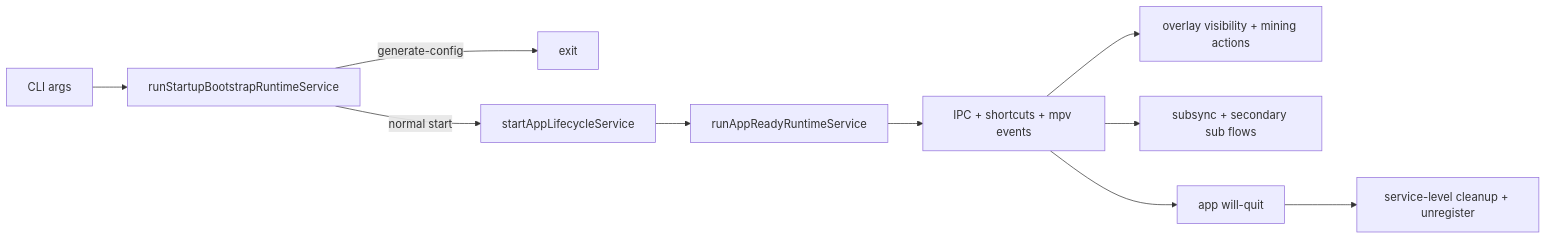
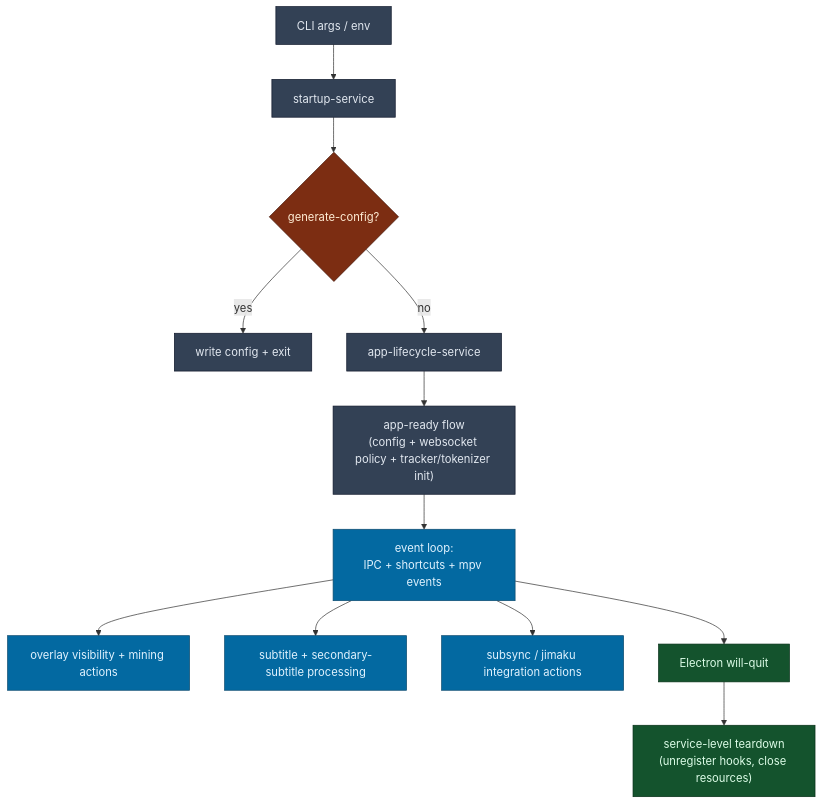
One commit to ksyasuda/SubMiner changed the second of 2 diagrams in docs/architecture.md. Above: the diagram before and after it, drawn with Mermaid. The commit also changed other lines of this file and 15 other files, not shown here.

````diff
--- a/docs/architecture.md
+++ b/docs/architecture.md
@@ -89,12 +137,30 @@
 ```mermaid
-flowchart LR
-  Args["CLI args"] --> Bootstrap["runStartupBootstrapRuntimeService"]
-  Bootstrap -->|generate-config| Exit["exit"]
-  Bootstrap -->|normal start| AppLifecycle["startAppLifecycleService"]
-  AppLifecycle --> Ready["runAppReadyRuntimeService"]
-  Ready --> Runtime["IPC + shortcuts + mpv events"]
-  Runtime --> Overlay["overlay visibility + mining actions"]
-  Runtime --> Subsync["subsync + secondary sub flows"]
-  Runtime --> WillQuit["app will-quit"]
-  WillQuit --> Cleanup["service-level cleanup + unregister"]
+flowchart TD
+  classDef phase fill:#334155,stroke:#0f172a,color:#e2e8f0;
+  classDef decision fill:#7c2d12,stroke:#431407,color:#ffedd5;
+  classDef runtime fill:#0369a1,stroke:#0c4a6e,color:#e0f2fe;
+  classDef shutdown fill:#14532d,stroke:#052e16,color:#dcfce7;
+
+  Args["CLI args / env"] --> Startup["startup-service"]
+  class Args,Startup phase;
+
+  Startup --> Decision{"generate-config?"}
+  class Decision decision;
+
+  Decision -->|yes| WriteConfig["write config + exit"]
+  Decision -->|no| Lifecycle["app-lifecycle-service"]
+  class WriteConfig,Lifecycle phase;
+
+  Lifecycle --> Ready["app-ready flow\n(config + websocket policy + tracker/tokenizer init)"]
+  class Ready phase;
+
+  Ready --> RuntimeBus["event loop:\nIPC + shortcuts + mpv events"]
+  RuntimeBus --> Overlay["overlay visibility + mining actions"]
+  RuntimeBus --> Subtitle["subtitle + secondary-subtitle processing"]
+  RuntimeBus --> Subsync["subsync / jimaku integration actions"]
+  class RuntimeBus,Overlay,Subtitle,Subsync runtime;
+
+  RuntimeBus --> WillQuit["Electron will-quit"]
+  WillQuit --> Cleanup["service-level teardown\n(unregister hooks, close resources)"]
+  class WillQuit,Cleanup shutdown;
 ```
````
